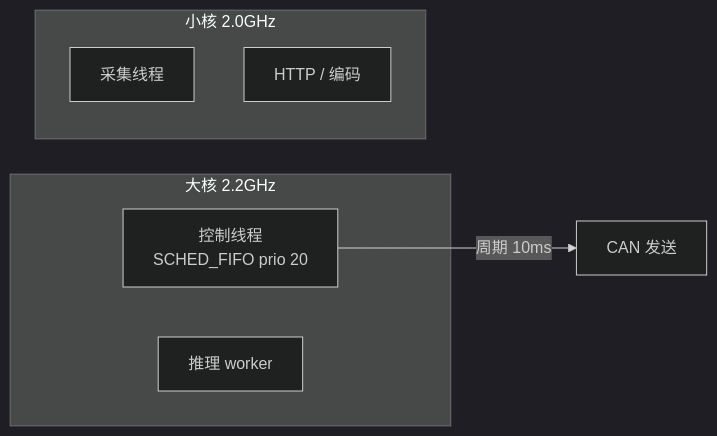
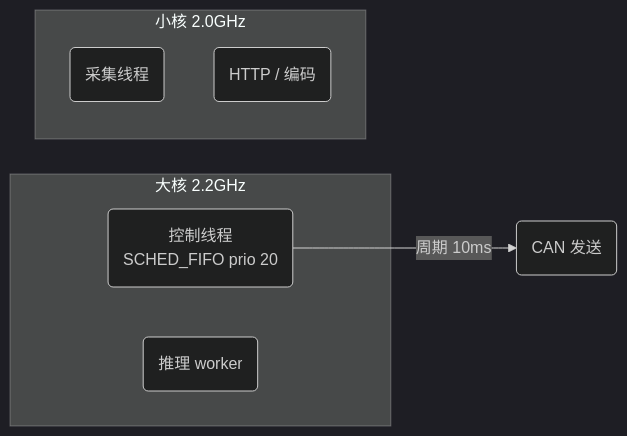
The fifth of 8 diagrams in README.md (qianruo-orange/autonomous-driving-car), drawn with Mermaid (dark theme) before and after one commit. The commit also changed other lines of this file, not shown here.

Commit message:
docs: horizontal mermaid layout with rounded nodes

````diff
--- a/README.md
+++ b/README.md
@@ -171,12 +171,12 @@
 ```mermaid
 flowchart LR
     subgraph CPU4-7[大核 2.2GHz]
-        RT[控制线程<br/>SCHED_FIFO prio 20]
-        INF[推理 worker]
+        RT(控制线程<br/>SCHED_FIFO prio 20)
+        INF(推理 worker)
     end
     subgraph CPU0-3[小核 2.0GHz]
-        CAP2[采集线程]
-        HTTP2[HTTP / 编码]
+        CAP2(采集线程)
+        HTTP2(HTTP / 编码)
     end
-    RT -->|周期 10ms| CAN2[CAN 发送]
+    RT -->|周期 10ms| CAN2(CAN 发送)
 ```
````
